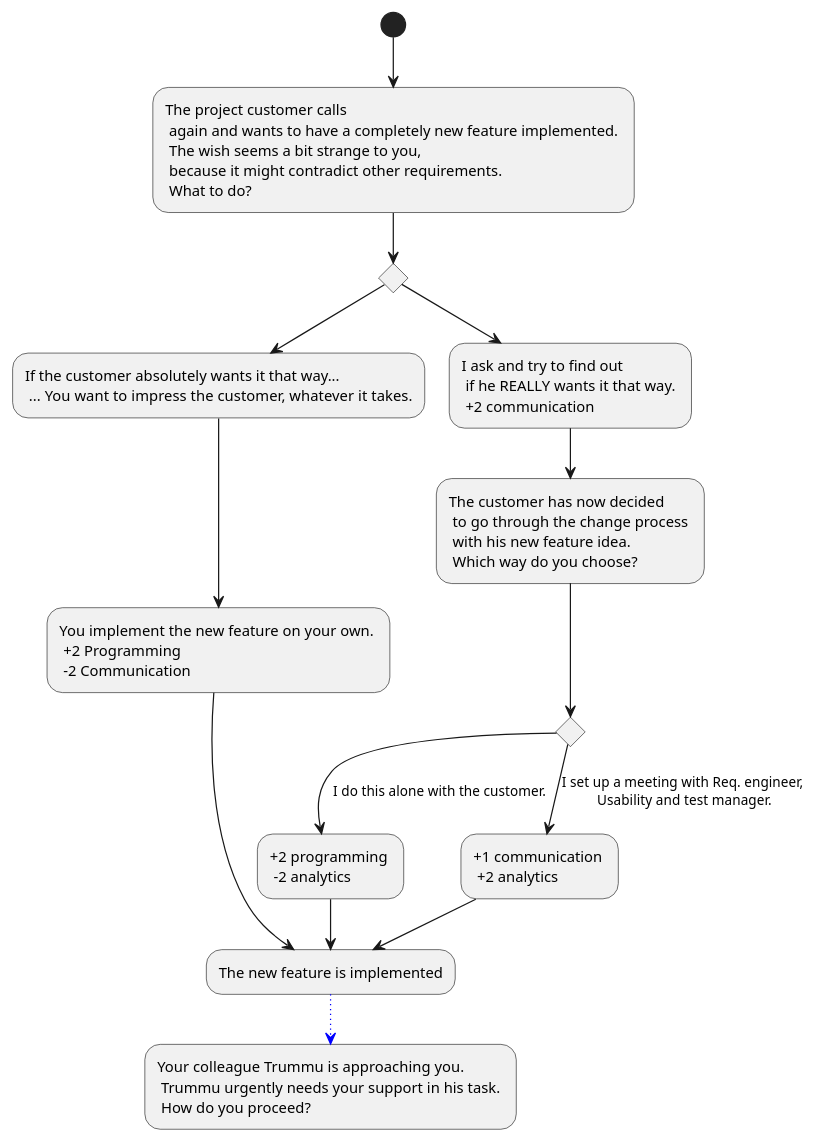
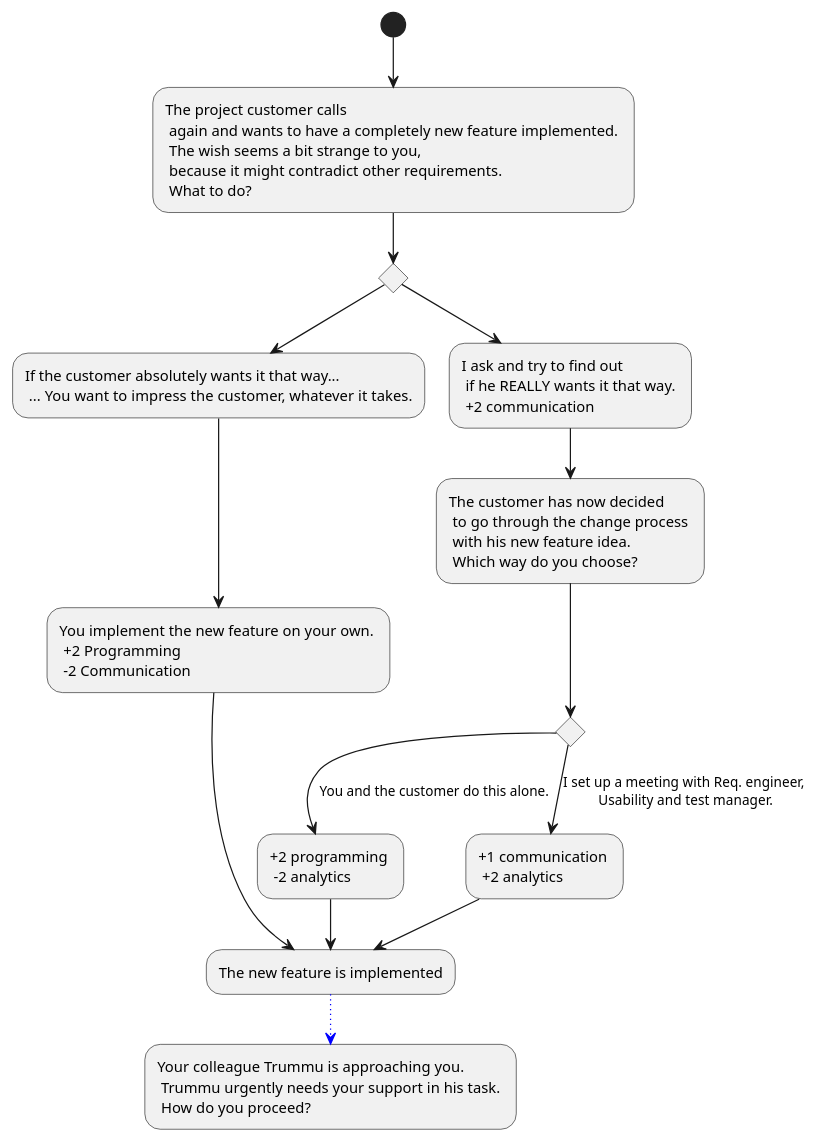
One commit to Brotenko/QualityQuest changed the diagram in Docs/Technical Specifications/docs/diagrams/StoryFlow/StoryFlow_Decision_12.puml. Above: the diagram before and after it, drawn with PlantUML.

Commit message:
Update Docs/Technical Specifications/docs/diagrams/StoryFlow/StoryFlow_Decision_12.puml

```diff
--- a/Docs/Technical Specifications/docs/diagrams/StoryFlow/StoryFlow_Decision_12.puml
+++ b/Docs/Technical Specifications/docs/diagrams/StoryFlow/StoryFlow_Decision_12.puml
@@ -1,22 +1,22 @@
 @startuml
 (*) --> "The project customer calls \n again and wants to have a completely new feature implemented. \n The wish seems a bit strange to you, \n because it might contradict other requirements.\n What to do?" as f 
 'if "" then 
 '--> [Du arbeitest einfach drauf los.] "f"
 if " " then
 --> "If the customer absolutely wants it that way... \n ... You want to impress the customer, whatever it takes."
 --> "You implement the new feature on your own. \n +2 Programming \n -2 Communication" as c
 else
 --> "I ask and try to find out \n if he REALLY wants it that way. \n +2 communication"
 endif
 'Vorbedingung: Nur wenn zuvor gewählt wurde, mit dem Kunden nochmal darüber zu reden!
 --> "The customer has now decided \n to go through the change process \n with his new feature idea. \n Which way do you choose?"
 if " " then
---> [I do this alone with the customer.] "+2 programming \n -2 analytics" as a
+--> [You and the customer do this alone.] "+2 programming \n -2 analytics" as a
 else
 --> [I set up a meeting with Req. engineer, \nUsability and test manager.] "+1 communication \n +2 analytics" as b
 --> "The new feature is implemented" as fertig
 endif
 a --> fertig
 c --> fertig
 -[#blue,dotted]-> "Your colleague Trummu is approaching you.\n Trummu urgently needs your support in his task. \n How do you proceed?"
 @enduml
```
